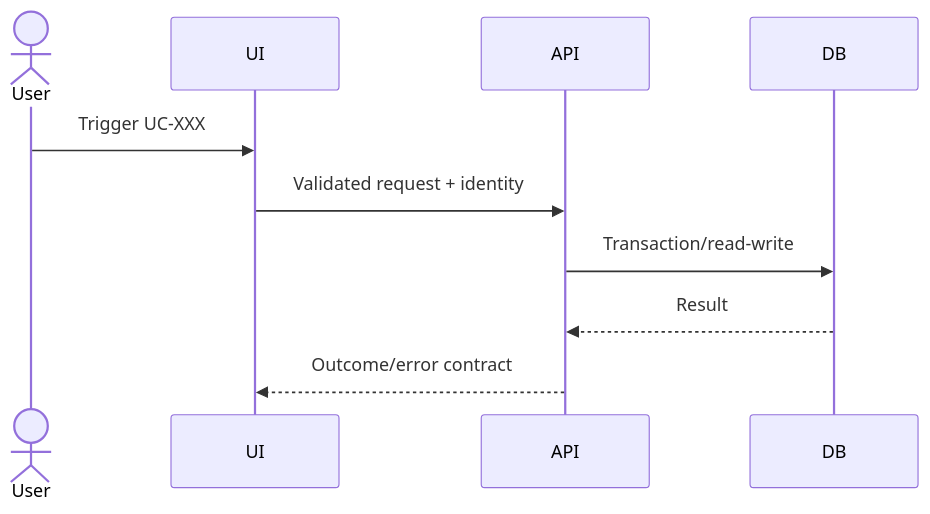
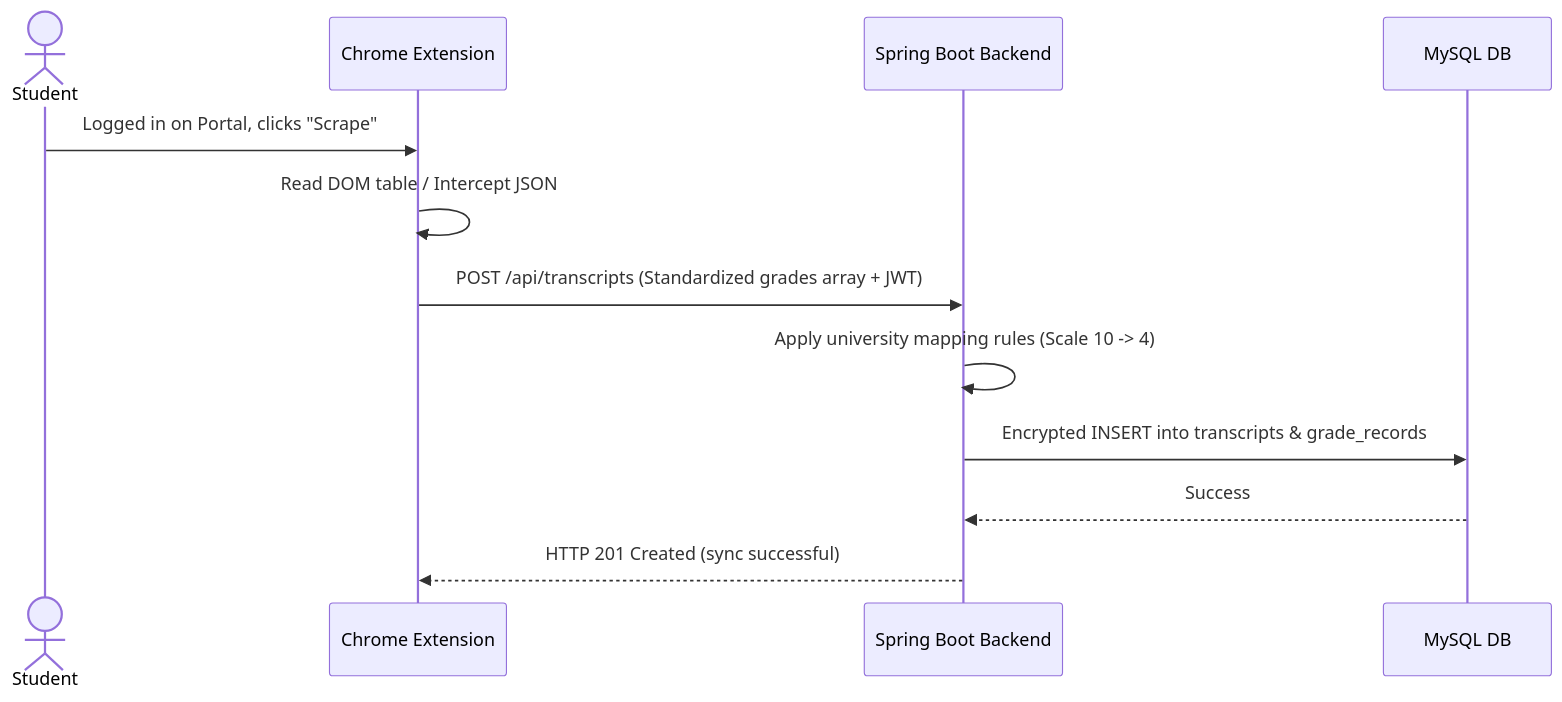
The fourth of 5 diagrams in 03-Architecture-Design/SOFTWARE_ARCHITECTURE.md (nqtienvn/japanese), drawn with Mermaid before and after one commit. The commit also changed other lines of this file and 89 other files, not shown here.

````diff
--- a/03-Architecture-Design/SOFTWARE_ARCHITECTURE.md
+++ b/03-Architecture-Design/SOFTWARE_ARCHITECTURE.md
@@ -74,12 +80,14 @@
 ```mermaid
 sequenceDiagram
-    actor User
-    participant UI
-    participant API
-    participant DB
-    User->>UI: Trigger UC-XXX
-    UI->>API: Validated request + identity
-    API->>DB: Transaction/read-write
-    DB-->>API: Result
-    API-->>UI: Outcome/error contract
+    actor Student
+    participant Ext as Chrome Extension
+    participant API as Spring Boot Backend
+    participant DB as MySQL DB
+    Student->>Ext: Logged in on Portal, clicks "Scrape"
+    Ext->>Ext: Read DOM table / Intercept JSON
+    Ext->>API: POST /api/transcripts (Standardized grades array + JWT)
+    API->>API: Apply university mapping rules (Scale 10 -> 4)
+    API->>DB: Encrypted INSERT into transcripts & grade_records
+    DB-->>API: Success
+    API-->>Ext: HTTP 201 Created (sync successful)
 ```
````
